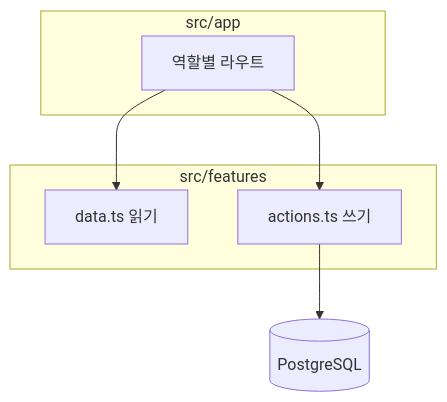
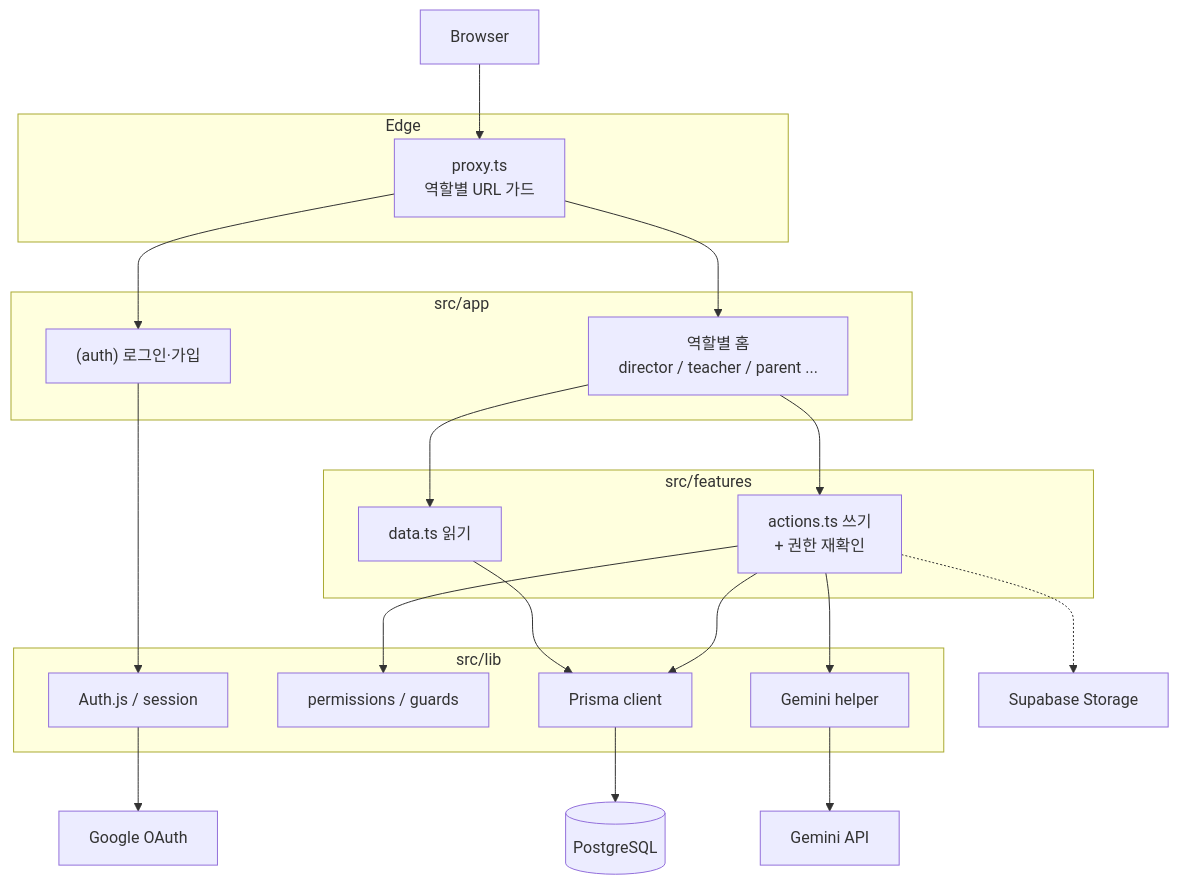
Before and after one commit to coding-jjs/academy-web: the diagram in README.md, drawn with Mermaid. The commit also changed other lines of this file, not shown here.

Commit message:
포트폴리오 링크와 설계·아키텍처 문서 보강

````diff
--- a/README.md
+++ b/README.md
@@ -67,13 +76,45 @@
 ```mermaid
 flowchart TB
+  browser[Browser]
+
+  subgraph edge [Edge]
+    proxy["proxy.ts\n역할별 URL 가드"]
+  end
+
   subgraph app [src/app]
-    routes[역할별 라우트]
+    auth["(auth) 로그인·가입"]
+    roles["역할별 홈\ndirector / teacher / parent ..."]
   end
+
   subgraph features [src/features]
-    data[data.ts 읽기]
-    actions[actions.ts 쓰기]
+    data["data.ts 읽기"]
+    actions["actions.ts 쓰기\n+ 권한 재확인"]
   end
-  routes --> data
-  routes --> actions
-  actions --> db[(PostgreSQL)]
+
+  subgraph lib [src/lib]
+    authlib[Auth.js / session]
+    perms[permissions / guards]
+    dbclient[Prisma client]
+    ai[Gemini helper]
+  end
+
+  pg[(PostgreSQL)]
+  google[Google OAuth]
+  gemini[Gemini API]
+  supabase[Supabase Storage]
+
+  browser --> proxy
+  proxy --> auth
+  proxy --> roles
+  auth --> authlib
+  authlib --> google
+  roles --> data
+  roles --> actions
+  data --> dbclient
+  actions --> perms
+  actions --> dbclient
+  actions --> ai
+  dbclient --> pg
+  ai --> gemini
+  actions -.-> supabase
 ```
````
